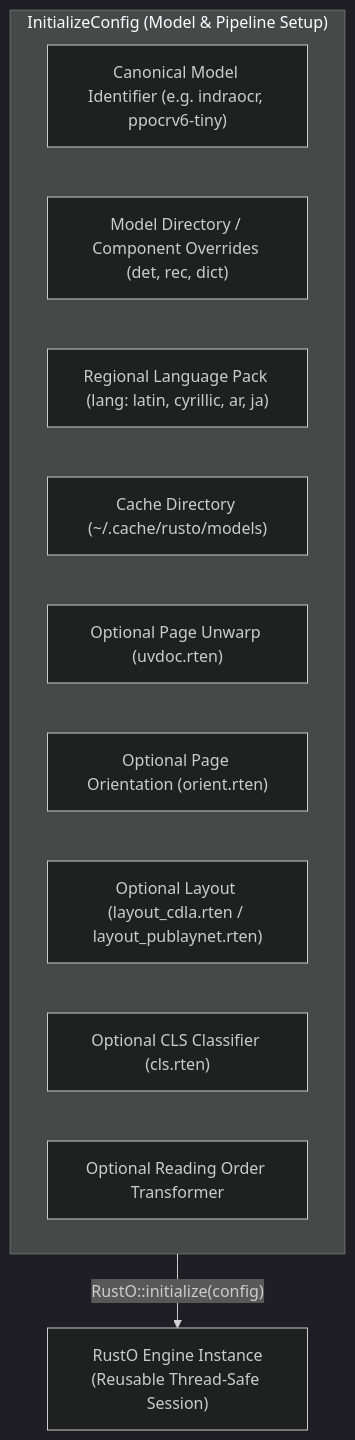
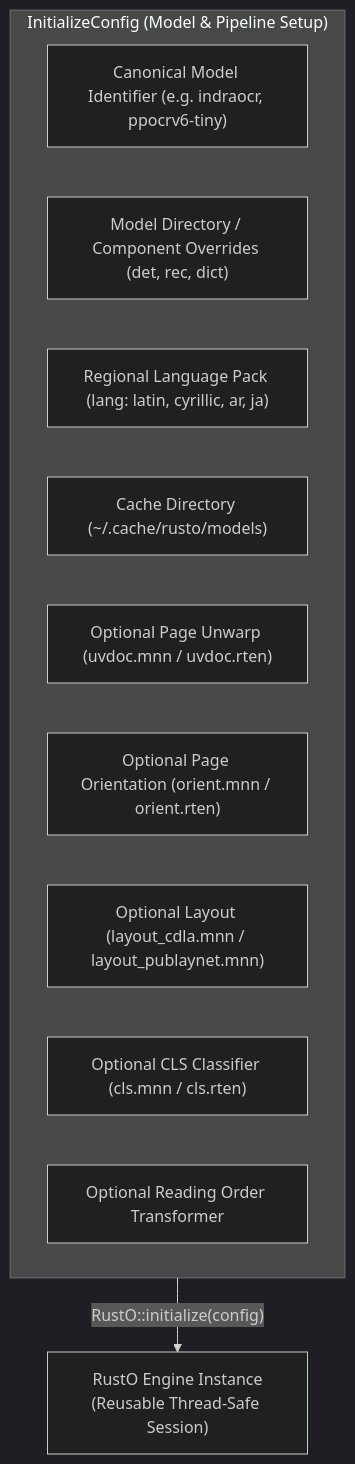
The diagram in docs/content/en/04.api-reference/01.initialize-config.md (byrizki/rusto-rs), drawn with Mermaid (dark theme) before and after one commit. The commit also changed other lines of this file and 63 other files, not shown here.

````diff
--- a/docs/content/en/04.api-reference/01.initialize-config.md
+++ b/docs/content/en/04.api-reference/01.initialize-config.md
@@ -15,16 +15,16 @@
 ```mermaid
 flowchart TD
     subgraph Config ["InitializeConfig (Model & Pipeline Setup)"]
         M["Canonical Model Identifier (e.g. indraocr, ppocrv6-tiny)"]
         MP["Model Directory / Component Overrides (det, rec, dict)"]
         L["Regional Language Pack (lang: latin, cyrillic, ar, ja)"]
         CD["Cache Directory (~/.cache/rusto/models)"]
-        U["Optional Page Unwarp (uvdoc.rten)"]
-        O["Optional Page Orientation (orient.rten)"]
-        LAY["Optional Layout (layout_cdla.rten / layout_publaynet.rten)"]
-        C["Optional CLS Classifier (cls.rten)"]
+        U["Optional Page Unwarp (uvdoc.mnn / uvdoc.rten)"]
+        O["Optional Page Orientation (orient.mnn / orient.rten)"]
+        LAY["Optional Layout (layout_cdla.mnn / layout_publaynet.mnn)"]
+        C["Optional CLS Classifier (cls.mnn / cls.rten)"]
         RO["Optional Reading Order Transformer"]
     end
 
     Config -->|"RustO::initialize(config)"| Engine["RustO Engine Instance<br/>(Reusable Thread-Safe Session)"]
 ```
````
